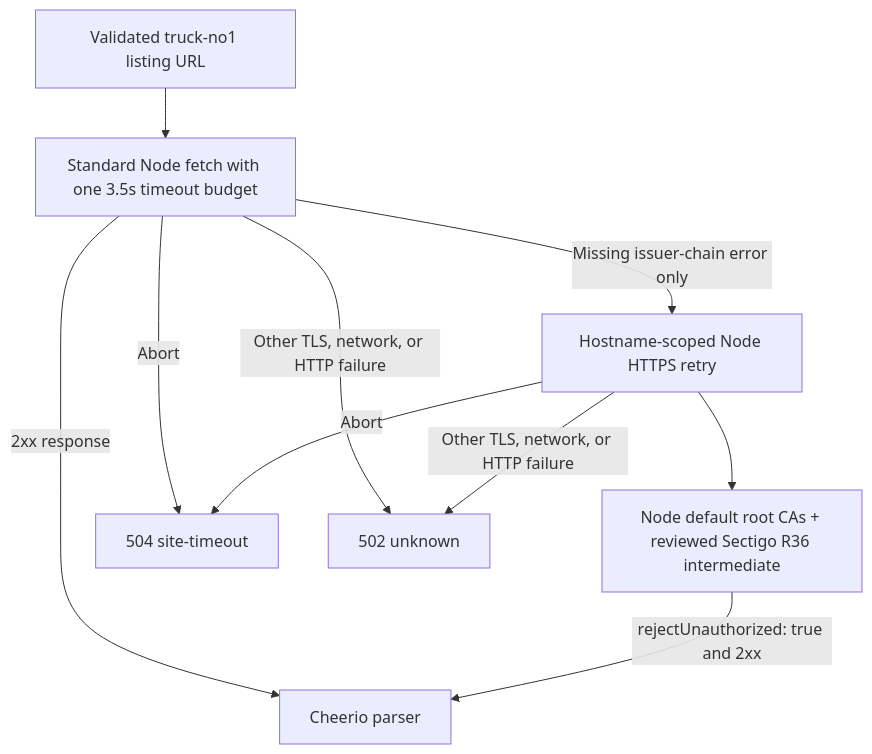
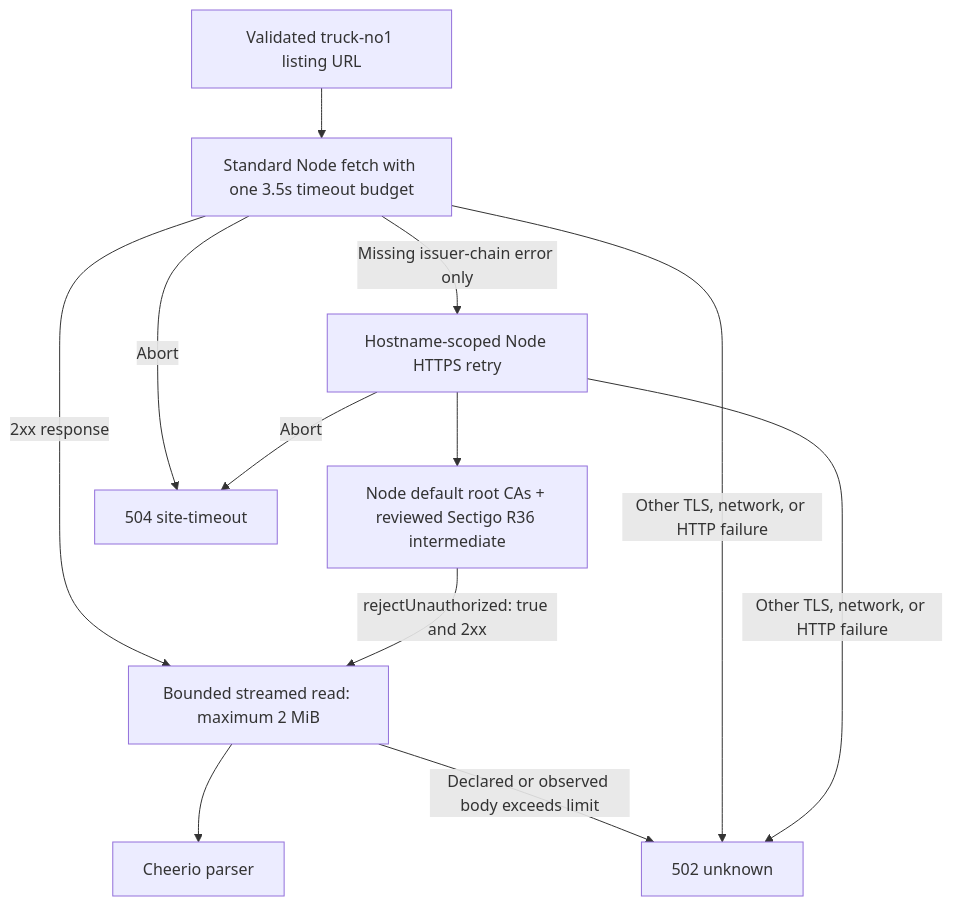
One commit to jaem1n207/truck-harvester changed the second of 4 diagrams in docs/architecture.md. Above: the diagram before and after it, drawn with Mermaid. The commit also changed other lines of this file, not shown here.

````diff
--- a/docs/architecture.md
+++ b/docs/architecture.md
@@ -64,12 +64,14 @@
 ```mermaid
 flowchart TD
   A["Validated truck-no1 listing URL"] --> B["Standard Node fetch with one 3.5s timeout budget"]
-  B -->|"2xx response"| C["Cheerio parser"]
+  B -->|"2xx response"| H["Bounded streamed read: maximum 2 MiB"]
   B -->|"Missing issuer-chain error only"| D["Hostname-scoped Node HTTPS retry"]
   D --> E["Node default root CAs + reviewed Sectigo R36 intermediate"]
-  E -->|"rejectUnauthorized: true and 2xx"| C
+  E -->|"rejectUnauthorized: true and 2xx"| H
+  H --> C["Cheerio parser"]
+  H -->|"Declared or observed body exceeds limit"| G
   B -->|"Abort"| F["504 site-timeout"]
   D -->|"Abort"| F
   B -->|"Other TLS, network, or HTTP failure"| G["502 unknown"]
   D -->|"Other TLS, network, or HTTP failure"| G
 ```
````
